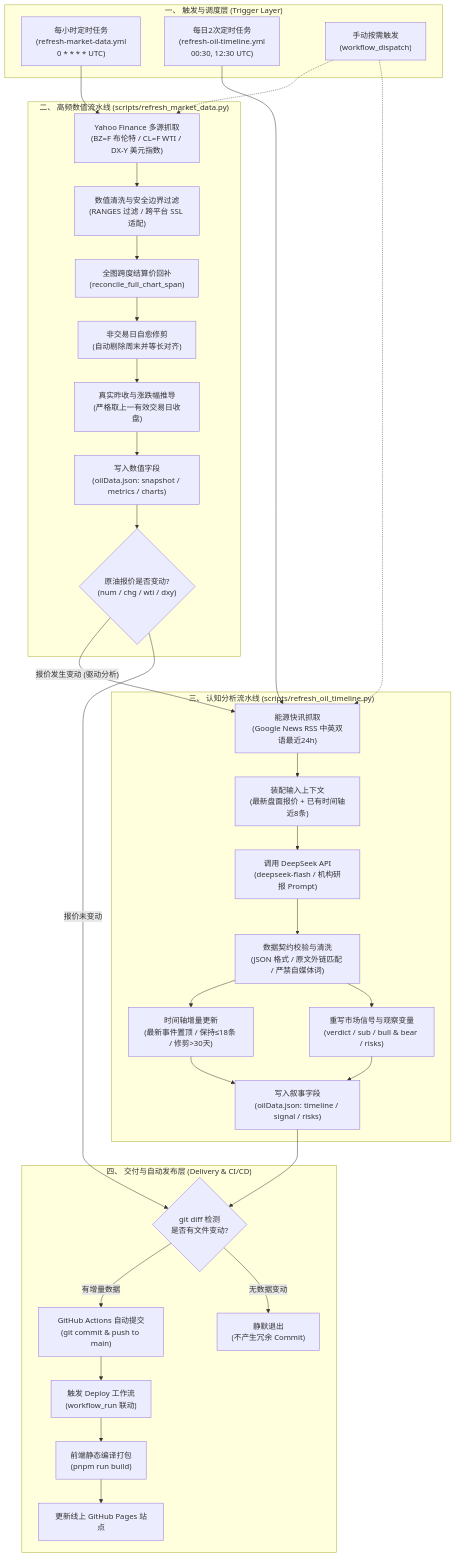
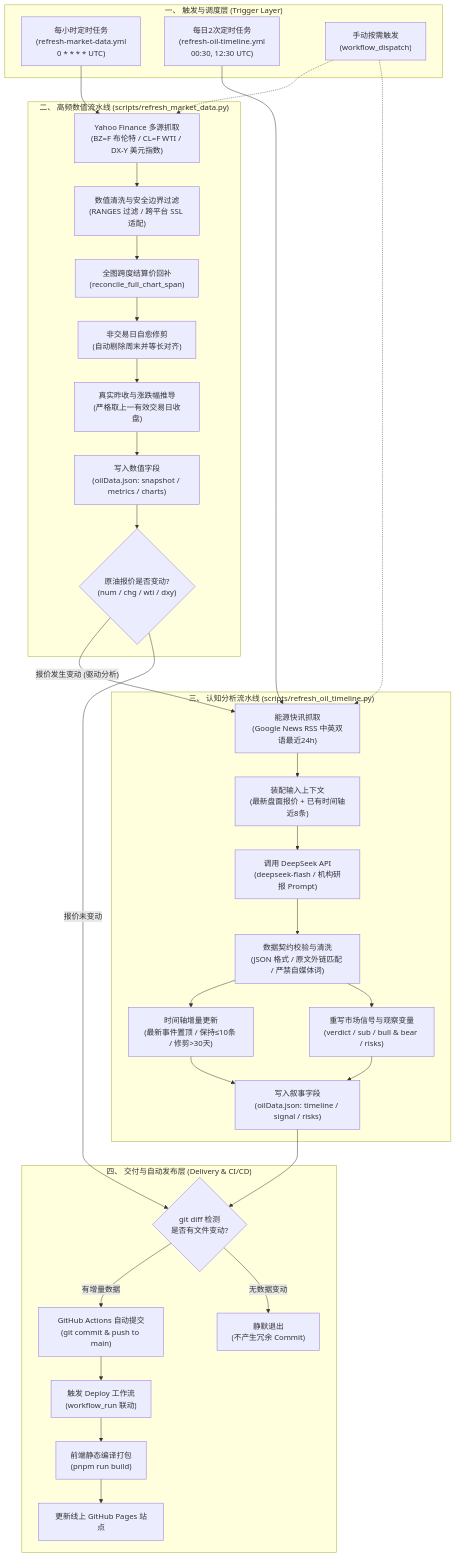
Before and after one commit to daiwanxing/MarketTracker: the diagram in docs/oil/pipeline.md, drawn with Mermaid. The commit also changed other lines of this file and 9 other files, not shown here.

Commit message:
fix(timeline): enforce max 10 timeline entries across UI, scripts, and data contracts

````diff
--- a/docs/oil/pipeline.md
+++ b/docs/oil/pipeline.md
@@ -9,72 +9,72 @@
 ```mermaid
 graph TD
     subgraph Triggers ["一、 触发与调度层 (Trigger Layer)"]
         cronHourly["每小时定时任务<br/>(refresh-market-data.yml<br/>0 * * * * UTC)"]
         cronTwiceDaily["每日2次定时任务<br/>(refresh-oil-timeline.yml<br/>00:30, 12:30 UTC)"]
         manualDispatch["手动按需触发<br/>(workflow_dispatch)"]
     end
 
     subgraph NumericalPipeline ["二、 高频数值流水线 (scripts/refresh_market_data.py)"]
         fetchYahoo["Yahoo Finance 多源抓取<br/>(BZ=F 布伦特 / CL=F WTI / DX-Y 美元指数)"]
         sanitizeNum["数值清洗与安全边界过滤<br/>(RANGES 过滤 / 跨平台 SSL 适配)"]
         reconcileSettlement["全图跨度结算价回补<br/>(reconcile_full_chart_span)"]
         pruneWeekend["非交易日自愈修剪<br/>(自动剔除周末并等长对齐)"]
         calcChange["真实昨收与涨跌幅推导<br/>(严格取上一有效交易日收盘)"]
         writeNumJson["写入数值字段<br/>(oilData.json: snapshot / metrics / charts)"]
         checkQuoteChange{"原油报价是否变动?<br/>(num / chg / wti / dxy)"}
     end
 
     subgraph NarrativePipeline ["三、 认知分析流水线 (scripts/refresh_oil_timeline.py)"]
         fetchRss["能源快讯抓取<br/>(Google News RSS 中英双语最近24h)"]
         readContext["装配输入上下文<br/>(最新盘面报价 + 已有时间轴近8条)"]
         callDeepSeek["调用 DeepSeek API<br/>(deepseek-flash / 机构研报 Prompt)"]
         validateModelJson["数据契约校验与清洗<br/>(JSON 格式 / 原文外链匹配 / 严禁自媒体词)"]
-        mergeTimeline["时间轴增量更新<br/>(最新事件置顶 / 保持≤18条 / 修剪>30天)"]
+        mergeTimeline["时间轴增量更新<br/>(最新事件置顶 / 保持≤10条 / 修剪>30天)"]
         updateSignalRisks["重写市场信号与观察变量<br/>(verdict / sub / bull & bear / risks)"]
         writeNarrativeJson["写入叙事字段<br/>(oilData.json: timeline / signal / risks)"]
     end
 
     subgraph DeliveryPipeline ["四、 交付与自动发布层 (Delivery & CI/CD)"]
         gitDiffCheck{"git diff 检测<br/>是否有文件变动?"}
         gitCommitPush["GitHub Actions 自动提交<br/>(git commit & push to main)"]
         deployTrigger["触发 Deploy 工作流<br/>(workflow_run 联动)"]
         viteBuild["前端静态编译打包<br/>(pnpm run build)"]
         ghPagesDeploy["更新线上 GitHub Pages 站点"]
         noOp["静默退出<br/>(不产生冗余 Commit)"]
     end
 
     %% 触发连接
     cronHourly --> fetchYahoo
     manualDispatch -.-> fetchYahoo
     manualDispatch -.-> fetchRss
     cronTwiceDaily --> fetchRss
 
     %% 数值流水线连接
     fetchYahoo --> sanitizeNum
     sanitizeNum --> reconcileSettlement
     reconcileSettlement --> pruneWeekend
     pruneWeekend --> calcChange
     calcChange --> writeNumJson
     writeNumJson --> checkQuoteChange
 
     %% 事件驱动联动触发
     checkQuoteChange -->|"报价发生变动 (驱动分析)"| fetchRss
     checkQuoteChange -->|"报价未变动"| gitDiffCheck
 
     %% 认知分析流水线连接
     fetchRss --> readContext
     readContext --> callDeepSeek
     callDeepSeek --> validateModelJson
     validateModelJson --> mergeTimeline
     validateModelJson --> updateSignalRisks
     mergeTimeline --> writeNarrativeJson
     updateSignalRisks --> writeNarrativeJson
     writeNarrativeJson --> gitDiffCheck
 
     %% 交付流水线连接
     gitDiffCheck -->|"有增量数据"| gitCommitPush
     gitDiffCheck -->|"无数据变动"| noOp
     gitCommitPush --> deployTrigger
     deployTrigger --> viteBuild
     viteBuild --> ghPagesDeploy
 ```
````
